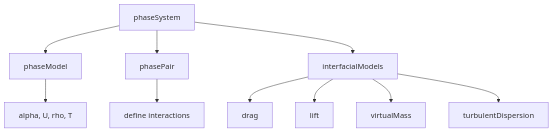
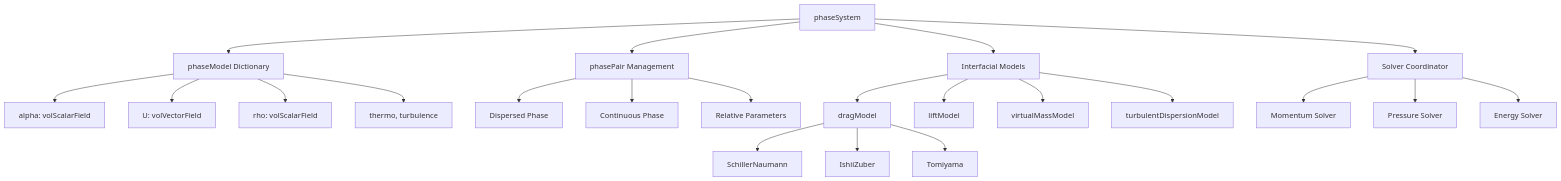
One commit to wramet/build-my-cfd changed the first of 2 diagrams in MODULE_04_MULTIPHASE_FUNDAMENTALS/CONTENT/06_IMPLEMENTATION/03_Model_Architecture.md. Above: the diagram before and after it, drawn with Mermaid. The commit also changed other lines of this file and 75 other files, not shown here.

````diff
--- a/MODULE_04_MULTIPHASE_FUNDAMENTALS/CONTENT/06_IMPLEMENTATION/03_Model_Architecture.md
+++ b/MODULE_04_MULTIPHASE_FUNDAMENTALS/CONTENT/06_IMPLEMENTATION/03_Model_Architecture.md
@@ -9,12 +32,29 @@
 ```mermaid
 flowchart TD
-    A[phaseSystem] --> B[phaseModel]
-    A --> C[phasePair]
-    A --> D[interfacialModels]
-    B --> B1[alpha, U, rho, T]
-    C --> C1[define interactions]
-    D --> D1[drag]
-    D --> D2[lift]
-    D --> D3[virtualMass]
-    D --> D4[turbulentDispersion]
+    A[phaseSystem] --> B[phaseModel Dictionary]
+    A --> C[phasePair Management]
+    A --> D[Interfacial Models]
+    A --> E[Solver Coordinator]
+
+    B --> B1[alpha: volScalarField]
+    B --> B2[U: volVectorField]
+    B --> B3[rho: volScalarField]
+    B --> B4[thermo, turbulence]
+
+    C --> C1[Dispersed Phase]
+    C --> C2[Continuous Phase]
+    C --> C3[Relative Parameters]
+
+    D --> D1[dragModel]
+    D --> D2[liftModel]
+    D --> D3[virtualMassModel]
+    D --> D4[turbulentDispersionModel]
+
+    E --> E1[Momentum Solver]
+    E --> E2[Pressure Solver]
+    E --> E3[Energy Solver]
+
+    D1 --> D1A[SchillerNaumann]
+    D1 --> D1B[IshiiZuber]
+    D1 --> D1C[Tomiyama]
 ```
````
